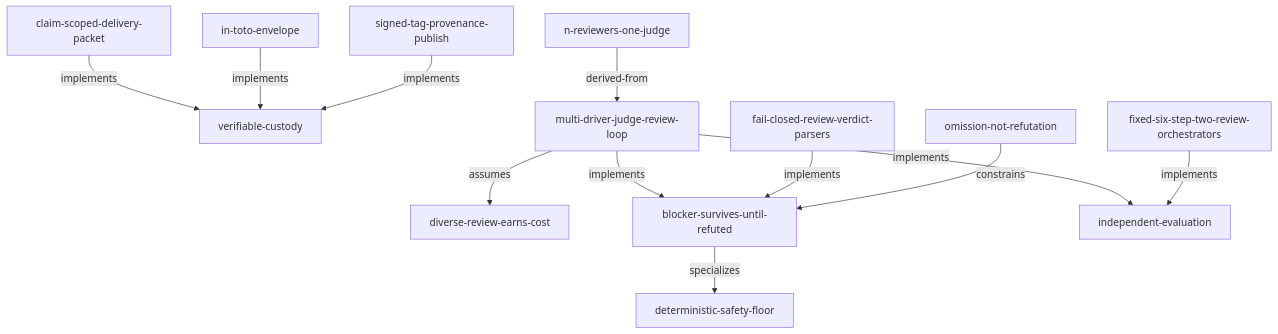
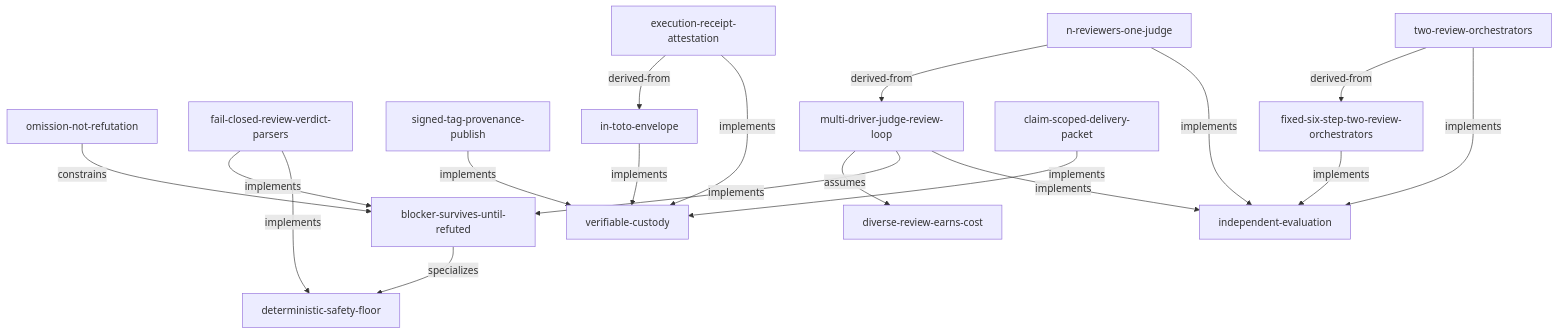
The diagram in docs/assurance/generated/review.md (pelaggio/pelaggio), drawn with Mermaid before and after one commit. The commit also changed 2 other files, not shown here.

Commit message:
docs: name the mechanisms behind every unrealized invariant (nine realizations, six edges) — the debt diagnostics are empty; Q14 baseline is now zero over the full registry

````diff
--- a/docs/assurance/generated/review.md
+++ b/docs/assurance/generated/review.md
@@ -7,27 +7,35 @@
 ```mermaid
 flowchart TB
   ASM_0002["diverse-review-earns-cost"]
   CLM_0008["verifiable-custody"]
   CLM_0009["blocker-survives-until-refuted"]
   CLM_0016["independent-evaluation"]
   CLM_0019["deterministic-safety-floor"]
   CON_0008["omission-not-refutation"]
+  CTR_0002["two-review-orchestrators"]
   CTR_0003["n-reviewers-one-judge"]
   CTR_0012["fail-closed-review-verdict-parsers"]
+  CTR_0014["execution-receipt-attestation"]
   DEC_0003["signed-tag-provenance-publish"]
   DEC_0008["in-toto-envelope"]
   DEC_0012["fixed-six-step-two-review-orchestrators"]
   DEC_0014["multi-driver-judge-review-loop"]
   DEC_0020["claim-scoped-delivery-packet"]
   CLM_0009 -->|specializes| CLM_0019
   CON_0008 -->|constrains| CLM_0009
+  CTR_0002 -->|derived-from| DEC_0012
+  CTR_0002 -->|implements| CLM_0016
   CTR_0003 -->|derived-from| DEC_0014
+  CTR_0003 -->|implements| CLM_0016
   CTR_0012 -->|implements| CLM_0009
+  CTR_0012 -->|implements| CLM_0019
+  CTR_0014 -->|derived-from| DEC_0008
+  CTR_0014 -->|implements| CLM_0008
   DEC_0003 -->|implements| CLM_0008
   DEC_0008 -->|implements| CLM_0008
   DEC_0012 -->|implements| CLM_0016
   DEC_0014 -->|assumes| ASM_0002
   DEC_0014 -->|implements| CLM_0009
   DEC_0014 -->|implements| CLM_0016
   DEC_0020 -->|implements| CLM_0008
 ```
````
